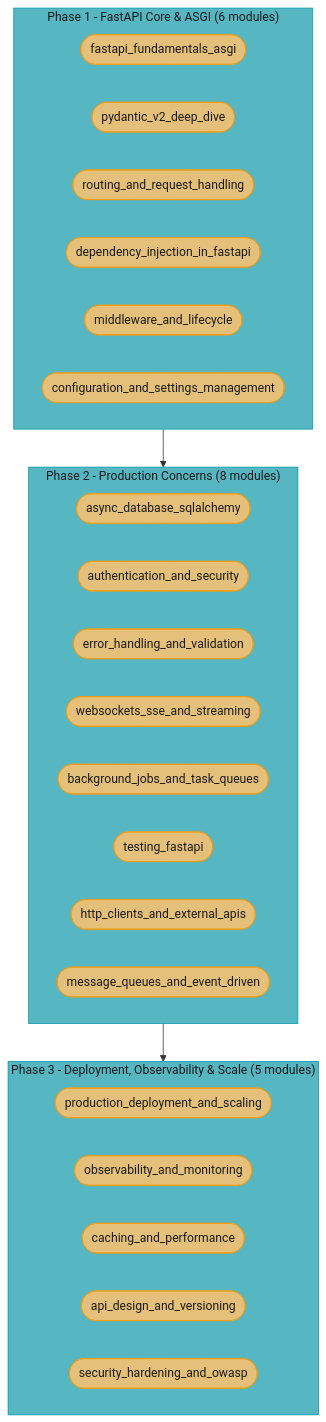
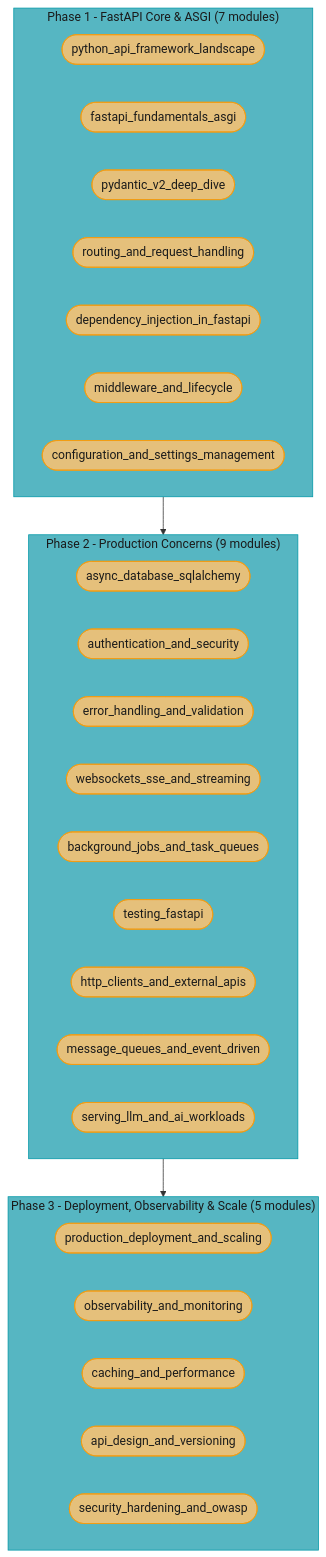
One commit to rppol/system-design changed the diagram in src/main/java/com/rutik/systemdesign/fastapi/README.md. Above: the diagram before and after it, drawn with Mermaid. The commit also changed other lines of this file and 655 other files, not shown here.

````diff
--- a/src/main/java/com/rutik/systemdesign/fastapi/README.md
+++ b/src/main/java/com/rutik/systemdesign/fastapi/README.md
@@ -49,38 +51,40 @@
 ```mermaid
 flowchart TD
     classDef req  fill:#56b6c2,stroke:#0097a7,color:#1a1a1a
     classDef base fill:#e5c07b,stroke:#f39c12,color:#1a1a1a
 
-    subgraph phase1["Phase 1 - FastAPI Core & ASGI (6 modules)"]
+    subgraph phase1["Phase 1 - FastAPI Core & ASGI (7 modules)"]
+        p1g(["python_api_framework_landscape"])
         p1a(["fastapi_fundamentals_asgi"])
         p1b(["pydantic_v2_deep_dive"])
         p1c(["routing_and_request_handling"])
         p1d(["dependency_injection_in_fastapi"])
         p1e(["middleware_and_lifecycle"])
         p1f(["configuration_and_settings_management"])
     end
 
-    subgraph phase2["Phase 2 - Production Concerns (8 modules)"]
+    subgraph phase2["Phase 2 - Production Concerns (9 modules)"]
         p2a(["async_database_sqlalchemy"])
         p2b(["authentication_and_security"])
         p2c(["error_handling_and_validation"])
         p2d(["websockets_sse_and_streaming"])
         p2e(["background_jobs_and_task_queues"])
         p2f(["testing_fastapi"])
         p2g(["http_clients_and_external_apis"])
         p2h(["message_queues_and_event_driven"])
+        p2i(["serving_llm_and_ai_workloads"])
     end
 
     subgraph phase3["Phase 3 - Deployment, Observability & Scale (5 modules)"]
         p3a(["production_deployment_and_scaling"])
         p3b(["observability_and_monitoring"])
         p3c(["caching_and_performance"])
         p3d(["api_design_and_versioning"])
         p3e(["security_hardening_and_owasp"])
     end
 
     phase1 --> phase2 --> phase3
 
     class phase1,phase2,phase3 req
-    class p1a,p1b,p1c,p1d,p1e,p1f,p2a,p2b,p2c,p2d,p2e,p2f,p2g,p2h,p3a,p3b,p3c,p3d,p3e base
+    class p1g,p1a,p1b,p1c,p1d,p1e,p1f,p2a,p2b,p2c,p2d,p2e,p2f,p2g,p2h,p2i,p3a,p3b,p3c,p3d,p3e base
 ```
````
